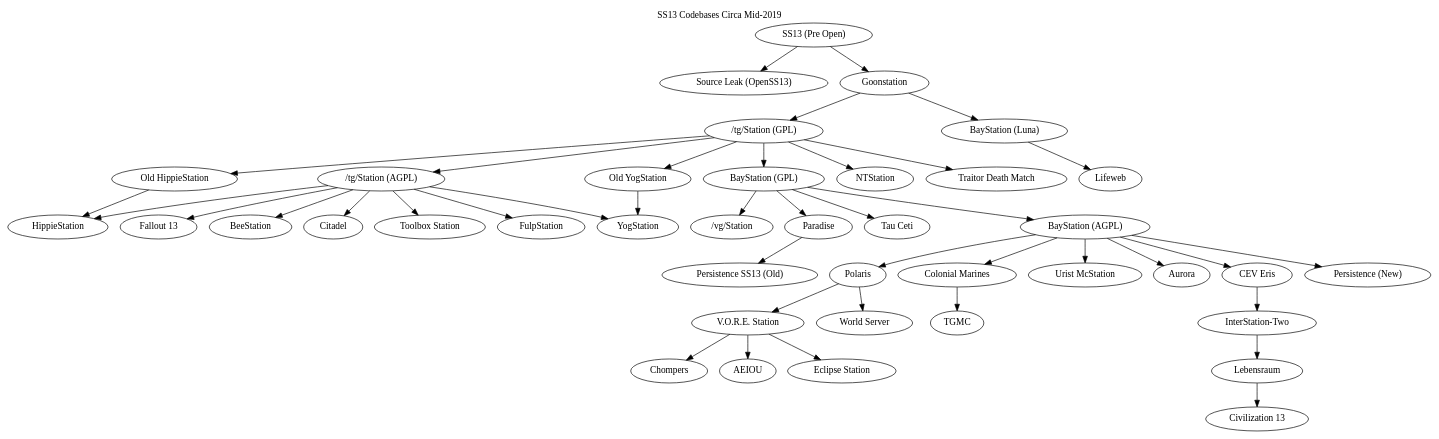
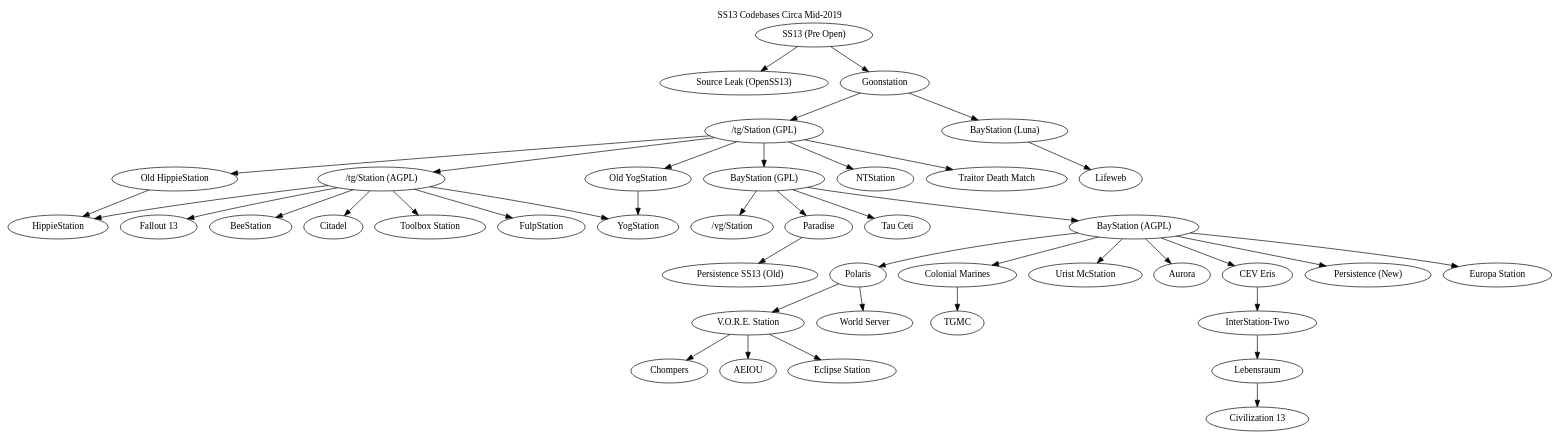
The diagram in tree.dot (spacestation13/SS13-Codebases), drawn with Graphviz before and after one commit. The commit also changed 1 other file, not shown here.

```diff
--- a/tree.dot
+++ b/tree.dot
@@ -1,44 +1,45 @@
 digraph  G {
 	label = "SS13 Codebases Circa Mid-2019"
 	labelloc="t"
 	"SS13 (Pre Open)" -> "Source Leak (OpenSS13)"
 	"SS13 (Pre Open)" -> "Goonstation"
 	"Goonstation" -> "/tg/Station (GPL)"
 	"Goonstation" -> "BayStation (Luna)"
 	"BayStation (Luna)" -> "Lifeweb" 
 	"/tg/Station (GPL)" -> "/tg/Station (AGPL)"
 	"/tg/Station (GPL)" -> "BayStation (GPL)" 
 	"/tg/Station (GPL)" -> "Old HippieStation"
 	"/tg/Station (GPL)" -> "Old YogStation"
 	"/tg/Station (GPL)" -> "NTStation"
 	"/tg/Station (GPL)" -> "Traitor Death Match"
 	"Old YogStation" -> "YogStation"
 	"Old HippieStation" -> "HippieStation"
 	"/tg/Station (AGPL)" -> "YogStation"
 	"/tg/Station (AGPL)" -> "Fallout 13"
 	"/tg/Station (AGPL)" -> "BeeStation"
 	"/tg/Station (AGPL)" -> "HippieStation"
 	"/tg/Station (AGPL)" -> "Citadel"
 	"/tg/Station (AGPL)" -> "Toolbox Station"
 	"/tg/Station (AGPL)" -> "FulpStation"
 	"BayStation (GPL)" -> "/vg/Station"
 	"BayStation (GPL)" -> "Paradise"
 	"BayStation (GPL)" -> "Tau Ceti"
 	"BayStation (GPL)" -> "BayStation (AGPL)"
 	"Paradise" -> "Persistence SS13 (Old)"
 	"BayStation (AGPL)" -> "Polaris"
 	"BayStation (AGPL)" -> "Colonial Marines"
 	"BayStation (AGPL)" -> "Urist McStation"
 	"BayStation (AGPL)" -> "Aurora"
 	"BayStation (AGPL)" -> "CEV Eris"
 	"BayStation (AGPL)" -> "Persistence (New)"
+	"BayStation (AGPL)" -> "Europa Station"
 	"CEV Eris" -> "InterStation-Two"
 	"InterStation-Two" -> "Lebensraum"
 	"Lebensraum" -> "Civilization 13"
 	"Colonial Marines" -> "TGMC"
 	"Polaris" -> "V.O.R.E. Station"
 	"Polaris" -> "World Server"
 	"V.O.R.E. Station" -> "Chompers"
 	"V.O.R.E. Station" -> "AEIOU"
 	"V.O.R.E. Station" -> "Eclipse Station" 
 }
```
